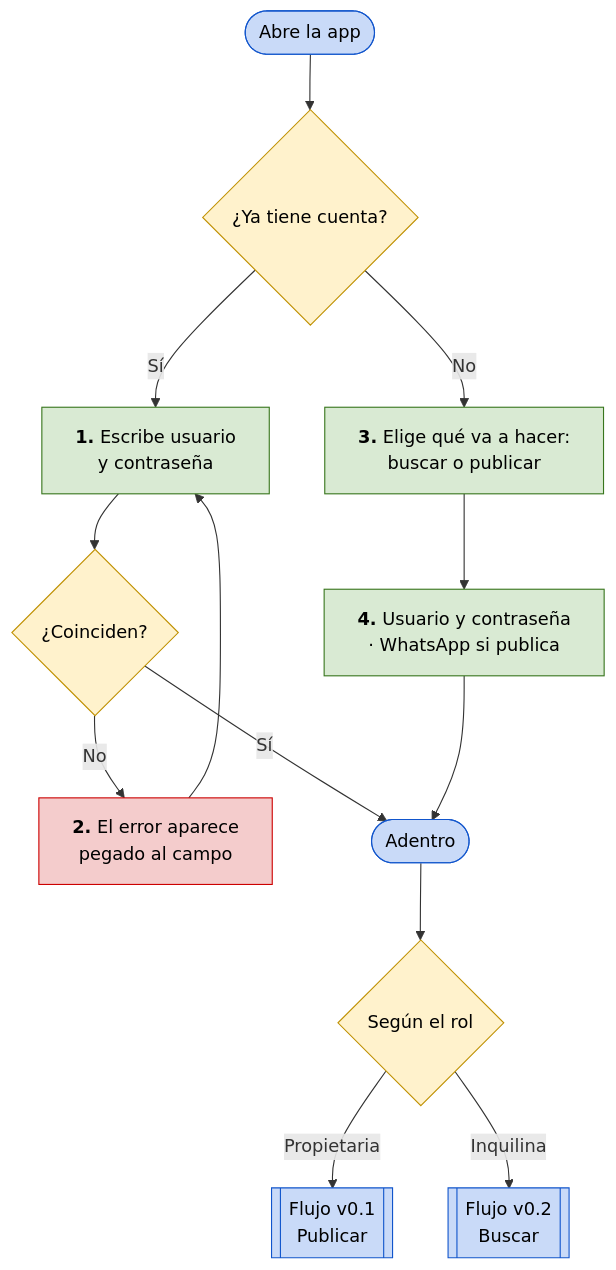
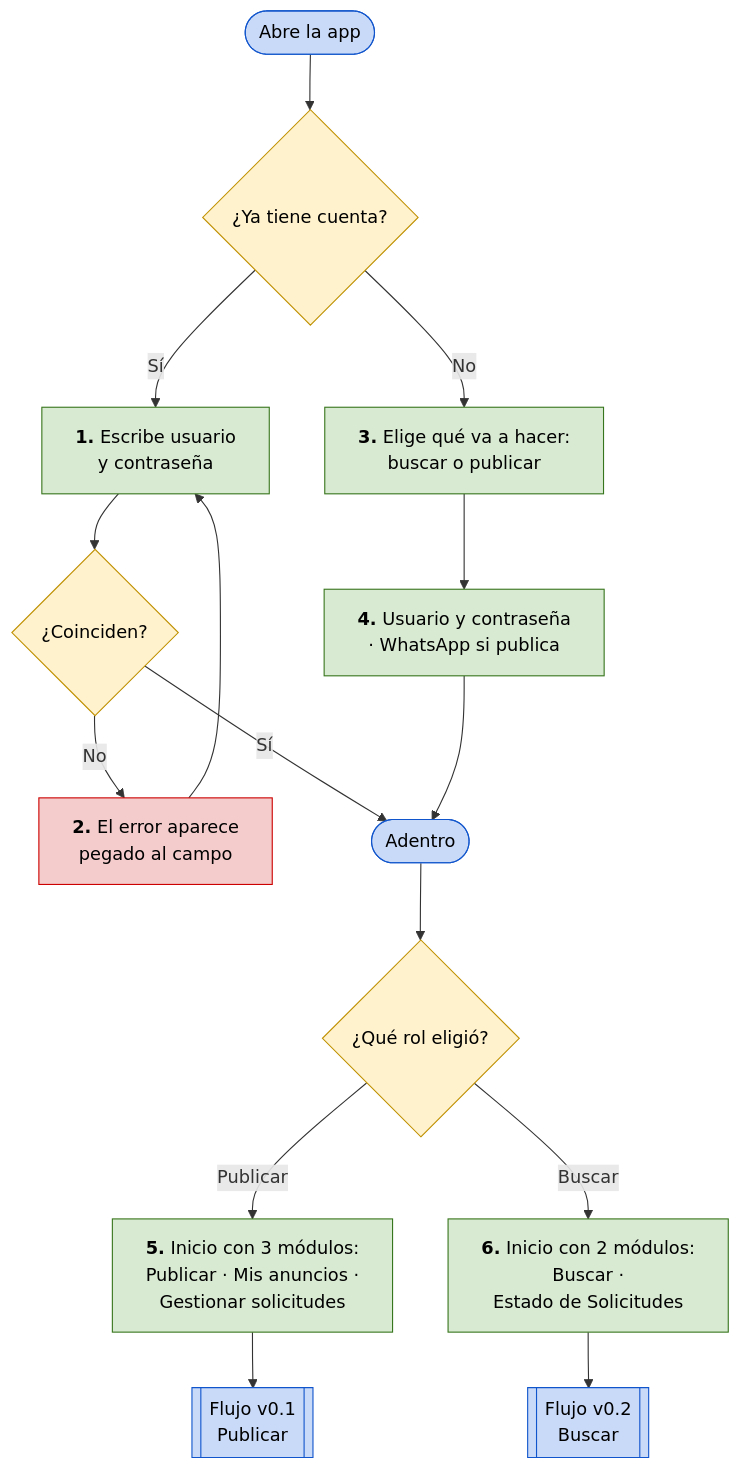
The diagram in flujo/flujo-v0.3.md (gadrilee/PetConnect), drawn with Mermaid before and after one commit. The commit also changed other lines of this file and 5 other files, not shown here.

````diff
--- a/flujo/flujo-v0.3.md
+++ b/flujo/flujo-v0.3.md
@@ -21,28 +22,30 @@
 ```mermaid
 flowchart TD
     S([Abre la app]) --> A{"¿Ya tiene cuenta?"}
 
     A -->|Sí| L1["<b>1.</b> Escribe usuario<br/>y contraseña"]
     L1 --> L2{"¿Coinciden?"}
     L2 -->|No| E1["<b>2.</b> El error aparece<br/>pegado al campo"]
     E1 --> L1
     L2 -->|Sí| F([Adentro])
 
     A -->|No| R1["<b>3.</b> Elige qué va a hacer:<br/>buscar o publicar"]
     R1 --> R2["<b>4.</b> Usuario y contraseña<br/>· WhatsApp si publica"]
     R2 --> F
 
-    F --> D{"Según el rol"}
-    D -->|Propietaria| V1[["Flujo v0.1<br/>Publicar"]]
-    D -->|Inquilina| V2[["Flujo v0.2<br/>Buscar"]]
+    F --> D{"¿Qué rol eligió?"}
+    D -->|Publicar| P5["<b>5.</b> Inicio con 3 módulos:<br/>Publicar · Mis anuncios ·<br/>Gestionar solicitudes"]
+    D -->|Buscar| P6["<b>6.</b> Inicio con 2 módulos:<br/>Buscar ·<br/>Estado de Solicitudes"]
+    P5 --> V1[["Flujo v0.1<br/>Publicar"]]
+    P6 --> V2[["Flujo v0.2<br/>Buscar"]]
 
     classDef paso fill:#d9ead3,stroke:#38761d,color:#000
     classDef error fill:#f4cccc,stroke:#cc0000,color:#000
     classDef borde fill:#c9daf8,stroke:#1155cc,color:#000
     classDef otro fill:#fff2cc,stroke:#bf9000,color:#000
 
-    class L1,R1,R2 paso
+    class L1,R1,R2,P5,P6 paso
     class E1 error
     class S,F,V1,V2 borde
     class A,L2,D otro
 ```
````
